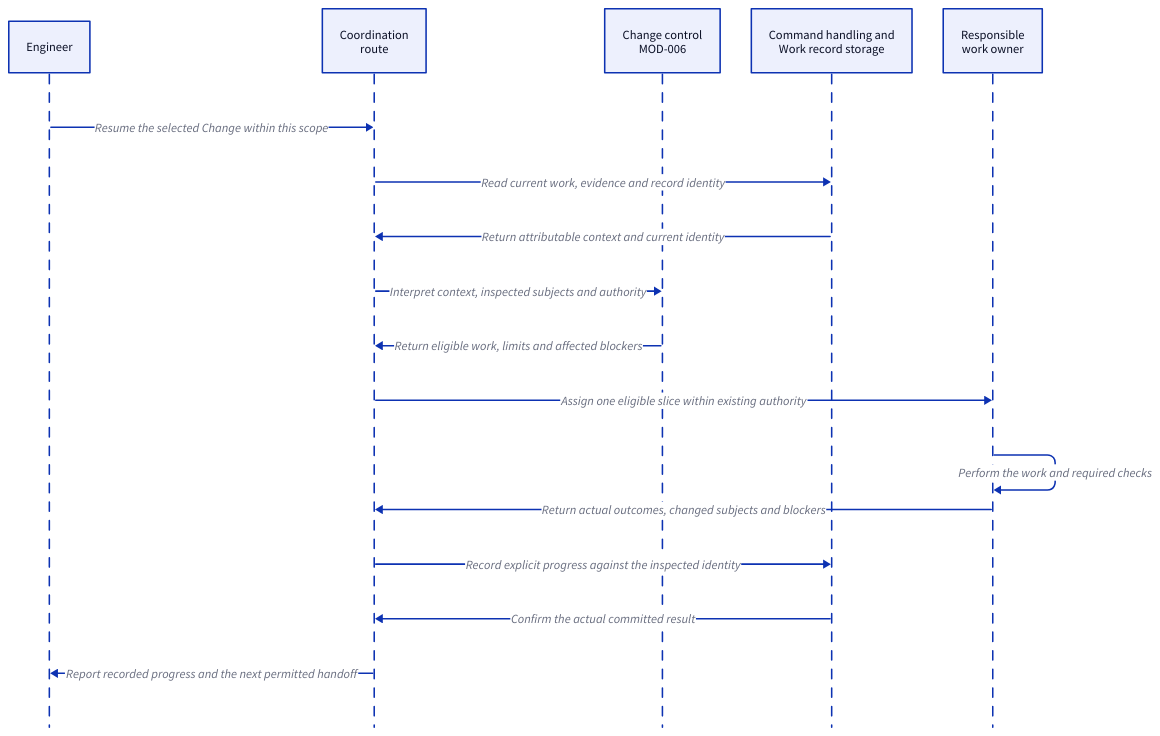
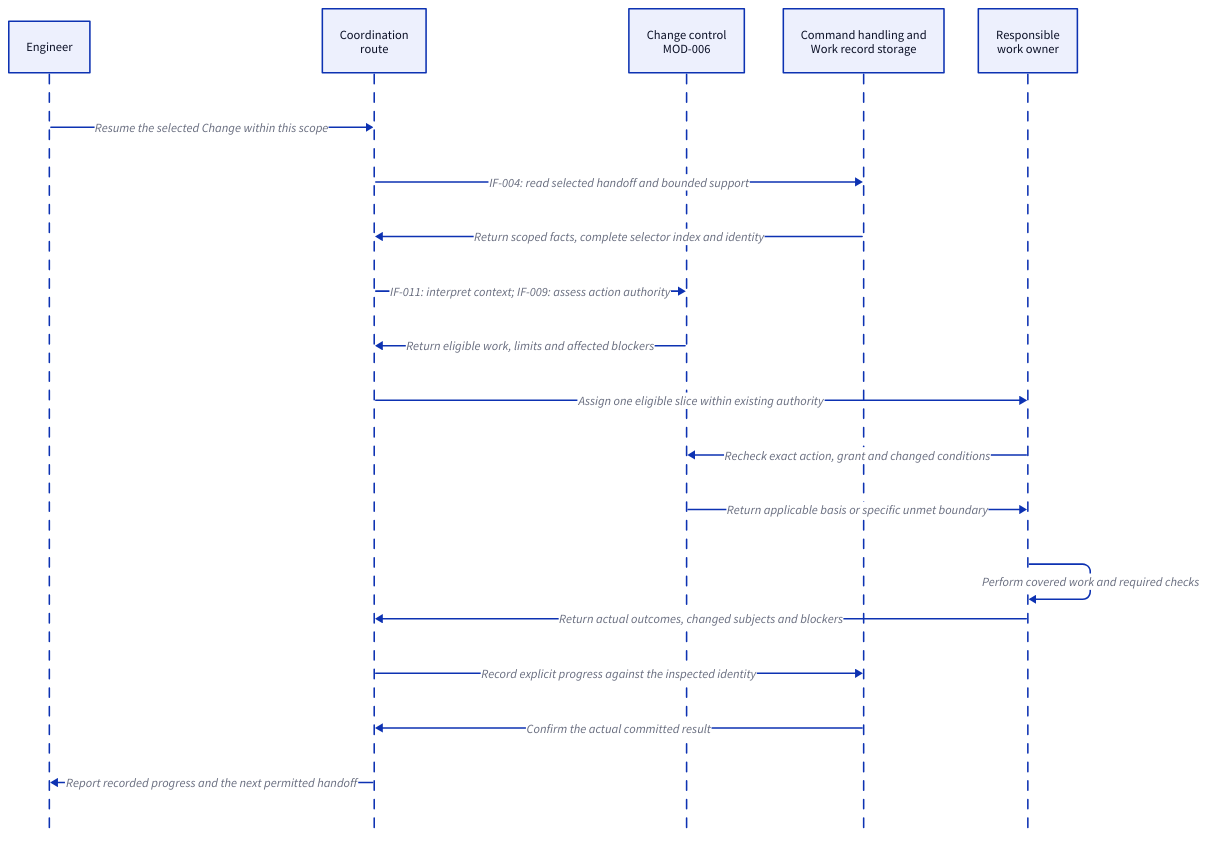
Before and after one commit to xiongxianfei/rigorloop: the diagram in design/architecture/modules/MOD-017-engineering-governance/modules/MOD-006-engineering-change-control/README.md, drawn with D2. The commit also changed other lines of this file and 262 other files, not shown here.

Commit message:
Add system requirements architecture view and assessments (#208)

````diff
--- a/design/architecture/modules/MOD-017-engineering-governance/modules/MOD-006-engineering-change-control/README.md
+++ b/design/architecture/modules/MOD-017-engineering-governance/modules/MOD-006-engineering-change-control/README.md
@@ -22,19 +22,21 @@
 ```d2
 shape: sequence_diagram
 engineer: "Engineer"
 route: "Coordination\nroute"
 control: "Change control\nMOD-006"
 records: "Command handling and\nWork record storage"
 owner: "Responsible\nwork owner"
 engineer -> route: "Resume the selected Change within this scope"
-route -> records: "Read current work, evidence and record identity"
-records -> route: "Return attributable context and current identity"
-route -> control: "Interpret context, inspected subjects and authority"
+route -> records: "IF-004: read selected handoff and bounded support"
+records -> route: "Return scoped facts, complete selector index and identity"
+route -> control: "IF-011: interpret context; IF-009: assess action authority"
 control -> route: "Return eligible work, limits and affected blockers"
 route -> owner: "Assign one eligible slice within existing authority"
-owner -> owner: "Perform the work and required checks"
+owner -> control: "Recheck exact action, grant and changed conditions"
+control -> owner: "Return applicable basis or specific unmet boundary"
+owner -> owner: "Perform covered work and required checks"
 owner -> route: "Return actual outcomes, changed subjects and blockers"
 route -> records: "Record explicit progress against the inspected identity"
 records -> route: "Confirm the actual committed result"
 route -> engineer: "Report recorded progress and the next permitted handoff"
 ```
````
